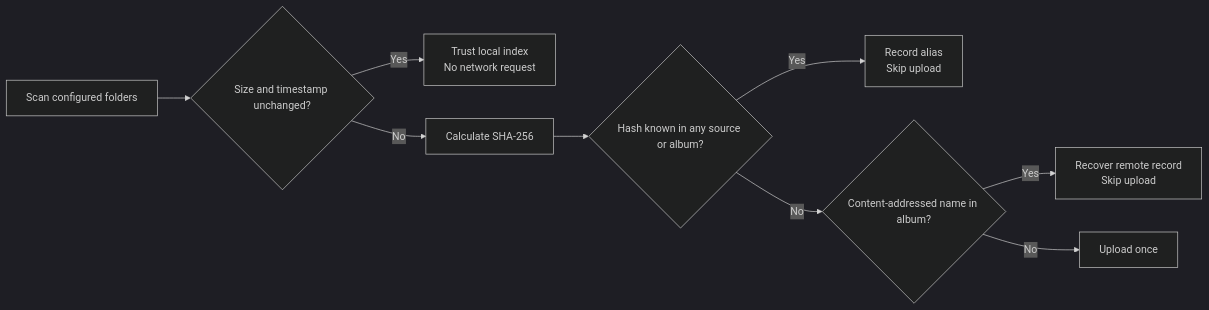
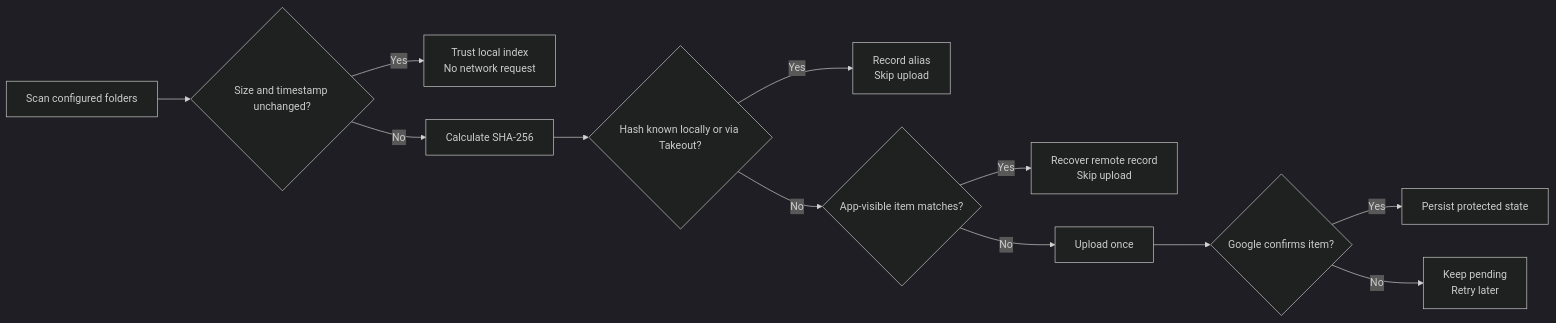
Before and after one commit to Henner4746/google-photos-sync-rs: the diagram in README.md, drawn with Mermaid (dark theme). The commit also changed other lines of this file and 15 other files, not shown here.

````diff
--- a/README.md
+++ b/README.md
@@ -71,11 +58,14 @@
 ```mermaid
 flowchart LR
     A["Scan configured folders"] --> B{"Size and timestamp unchanged?"}
     B -- Yes --> C["Trust local index\nNo network request"]
     B -- No --> D["Calculate SHA-256"]
-    D --> E{"Hash known in any source or album?"}
+    D --> E{"Hash known locally or via Takeout?"}
     E -- Yes --> F["Record alias\nSkip upload"]
-    E -- No --> G{"Content-addressed name in album?"}
+    E -- No --> G{"App-visible item matches?"}
     G -- Yes --> H["Recover remote record\nSkip upload"]
     G -- No --> I["Upload once"]
+    I --> J{"Google confirms item?"}
+    J -- Yes --> K["Persist protected state"]
+    J -- No --> L["Keep pending\nRetry later"]
 ```
````
